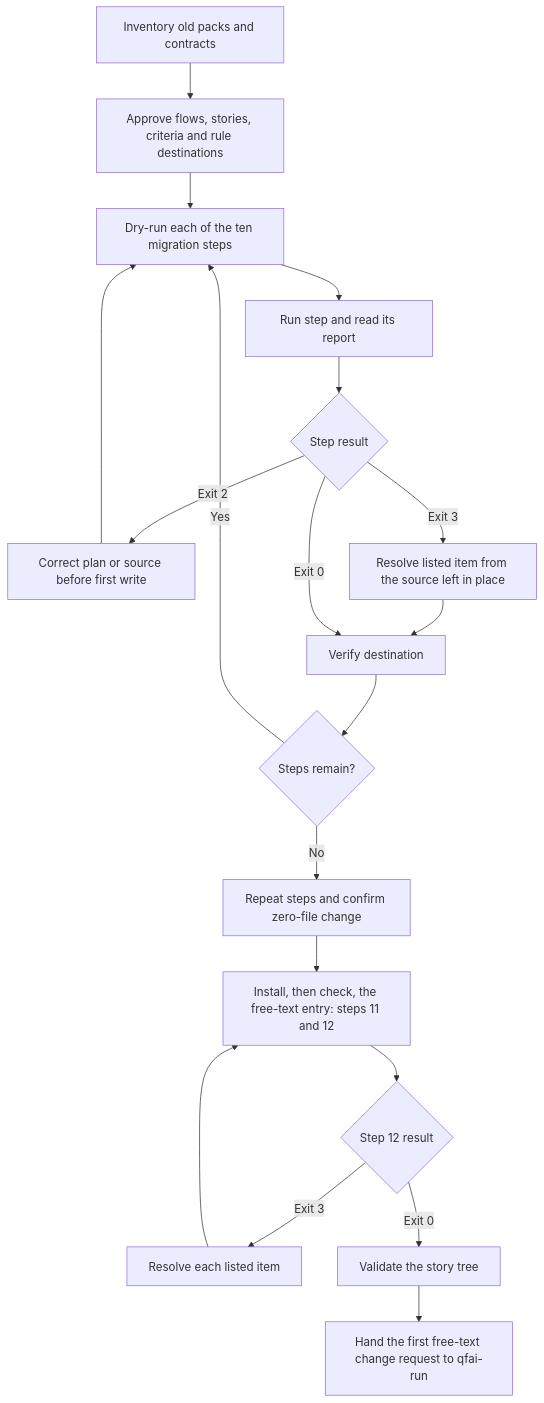
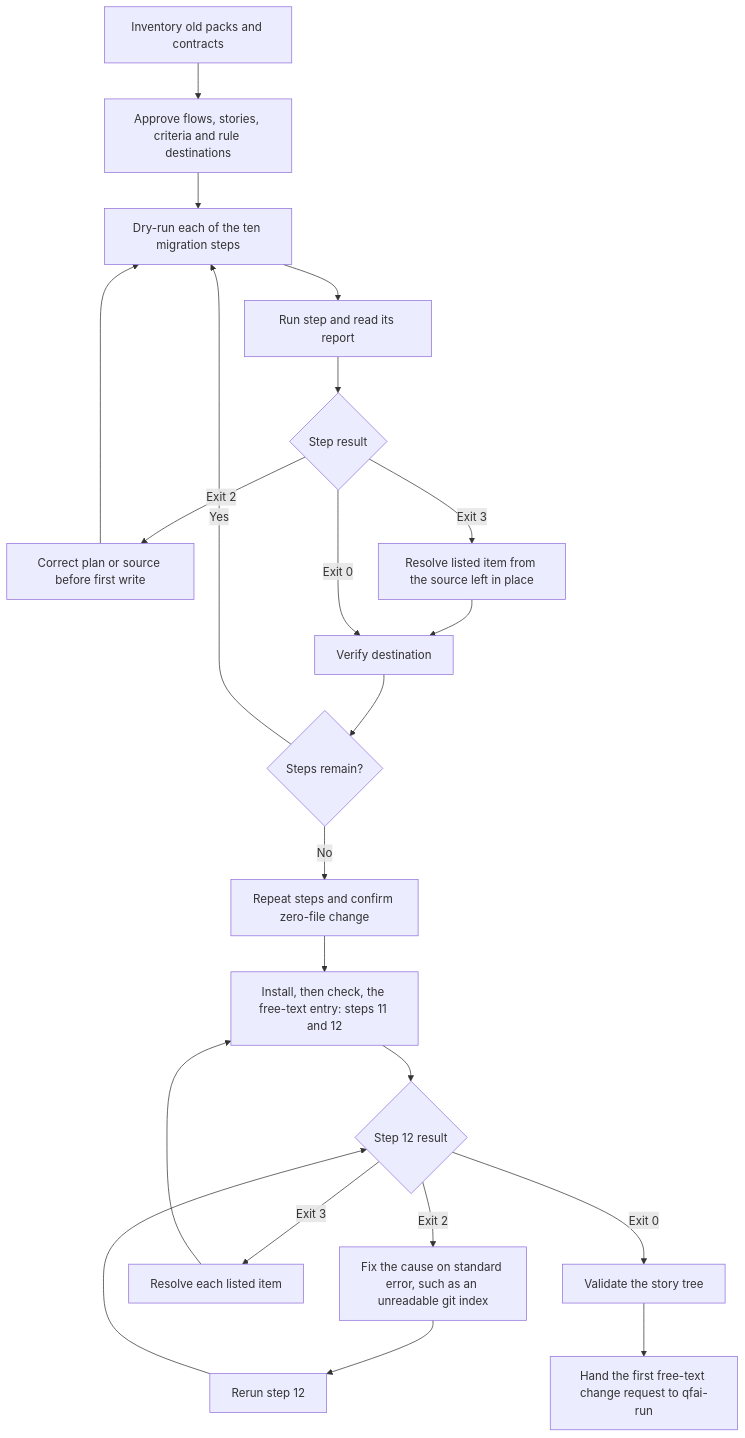
One commit to aganesy/QFAI changed the diagram in .qfai/spec/02_business-flow/business-flow-0004/business-flow.md. Above: the diagram before and after it, drawn with Mermaid. The commit also changed other lines of this file, not shown here.

Commit message:
Show the exit-2 recovery at step 12 of the BF-0004 flow
The step-12 decision listed exits 0 and 3 only, so an operator whose git index could not be read had no route back to the read-only check that BR-CLI-0010-0111 and AC-0004-0042-05 require.

````diff
--- a/.qfai/spec/02_business-flow/business-flow-0004/business-flow.md
+++ b/.qfai/spec/02_business-flow/business-flow-0004/business-flow.md
@@ -12,21 +12,24 @@
 ```mermaid
 flowchart TD
   Inventory[Inventory old packs and contracts] --> Plan[Approve flows, stories, criteria and rule destinations]
   Plan --> Dry[Dry-run each of the ten migration steps]
   Dry --> Apply[Run step and read its report]
   Apply --> Check{Step result}
   Check -->|Exit 2| Correct[Correct plan or source before first write]
   Correct --> Dry
   Check -->|Exit 3| Person[Resolve listed item from the source left in place]
   Person --> Verify[Verify destination]
   Check -->|Exit 0| Verify
   Verify --> More{Steps remain?}
   More -->|Yes| Dry
   More -->|No| Recheck[Repeat steps and confirm zero-file change]
   Recheck --> Entry[Install, then check, the free-text entry: steps 11 and 12]
   Entry --> EntryCheck{Step 12 result}
+  EntryCheck -->|Exit 2| Repair[Fix the cause on standard error, such as an unreadable git index]
+  Repair --> Rerun[Rerun step 12]
+  Rerun --> EntryCheck
   EntryCheck -->|Exit 3| Resolve[Resolve each listed item]
   Resolve --> Entry
   EntryCheck -->|Exit 0| Validate[Validate the story tree]
   Validate --> Handover[Hand the first free-text change request to qfai-run]
 ```
````
